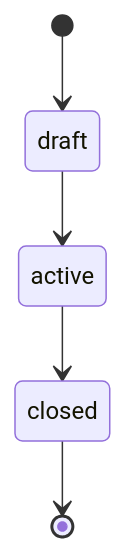
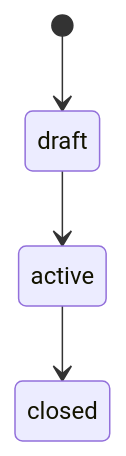
The second of 2 diagrams in kit/.project-brain/data-model.md (El-Sayed-Mustafa/visual-project-os), drawn with Mermaid before and after one commit. The commit also changed other lines of this file and 26 other files, not shown here.

Commit message:
Redesign viewer and add a writing budget: diagrams first, fewer words

````diff
--- a/kit/.project-brain/data-model.md
+++ b/kit/.project-brain/data-model.md
@@ -43,7 +34,6 @@
 ```mermaid
 stateDiagram-v2
   [*] --> draft
   draft --> active
   active --> closed
-  closed --> [*]
 ```
````
